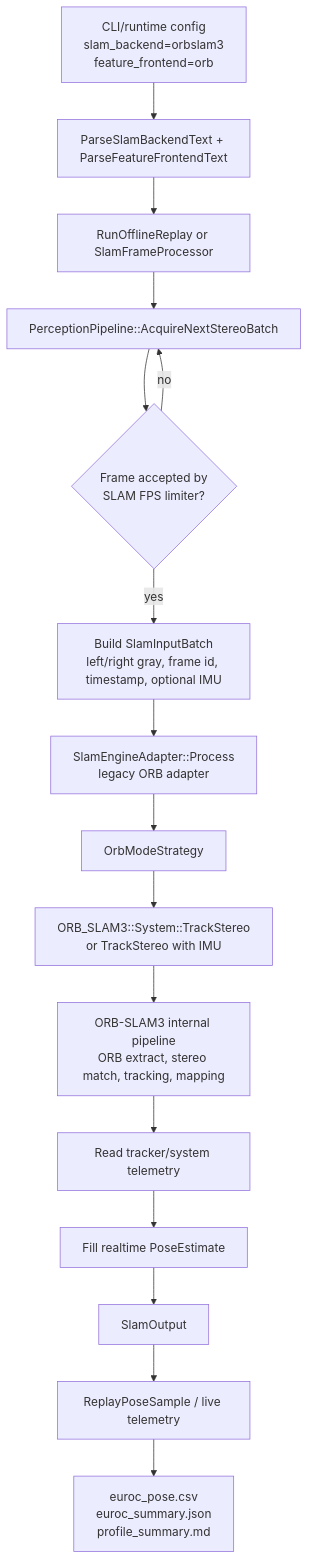
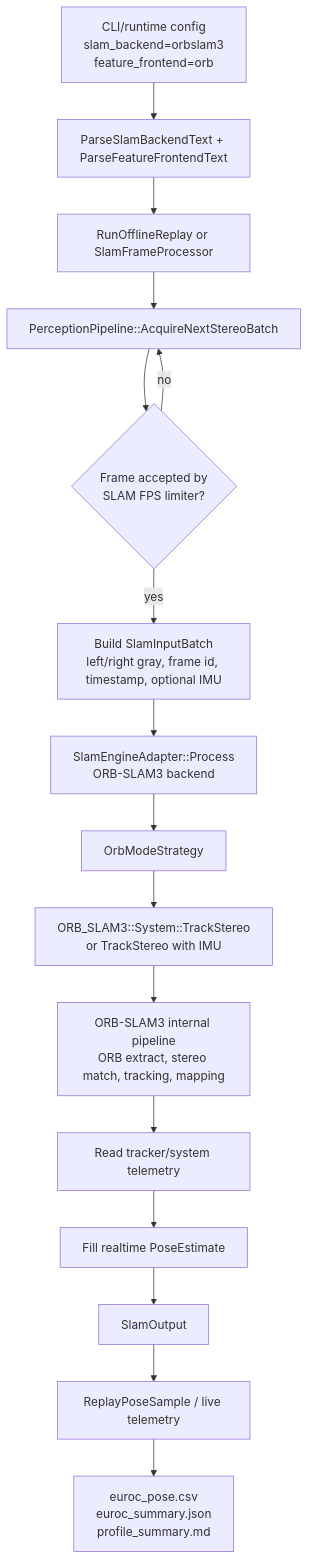
One commit to litingzhang/SmartDrone changed the first of 4 diagrams in docs/orb_mode_flow.md. Above: the diagram before and after it, drawn with Mermaid. The commit also changed other lines of this file and 173 other files, not shown here.

````diff
--- a/docs/orb_mode_flow.md
+++ b/docs/orb_mode_flow.md
@@ -9,18 +9,18 @@
 ```mermaid
 flowchart TD
     A[CLI/runtime config<br/>slam_backend=orbslam3<br/>feature_frontend=orb] --> B[ParseSlamBackendText + ParseFeatureFrontendText]
     B --> C[RunOfflineReplay or SlamFrameProcessor]
     C --> D[PerceptionPipeline::AcquireNextStereoBatch]
     D --> E{Frame accepted by<br/>SLAM FPS limiter?}
     E -- no --> D
     E -- yes --> F[Build SlamInputBatch<br/>left/right gray, frame id, timestamp, optional IMU]
-    F --> G[SlamEngineAdapter::Process<br/>legacy ORB adapter]
+    F --> G[SlamEngineAdapter::Process<br/>ORB-SLAM3 backend]
     G --> H[OrbModeStrategy]
     H --> I[ORB_SLAM3::System::TrackStereo<br/>or TrackStereo with IMU]
     I --> J[ORB-SLAM3 internal pipeline<br/>ORB extract, stereo match, tracking, mapping]
     J --> K[Read tracker/system telemetry]
     K --> L[Fill realtime PoseEstimate]
     L --> M[SlamOutput]
     M --> N[ReplayPoseSample / live telemetry]
     N --> O[euroc_pose.csv<br/>euroc_summary.json<br/>profile_summary.md]
 ```
````
